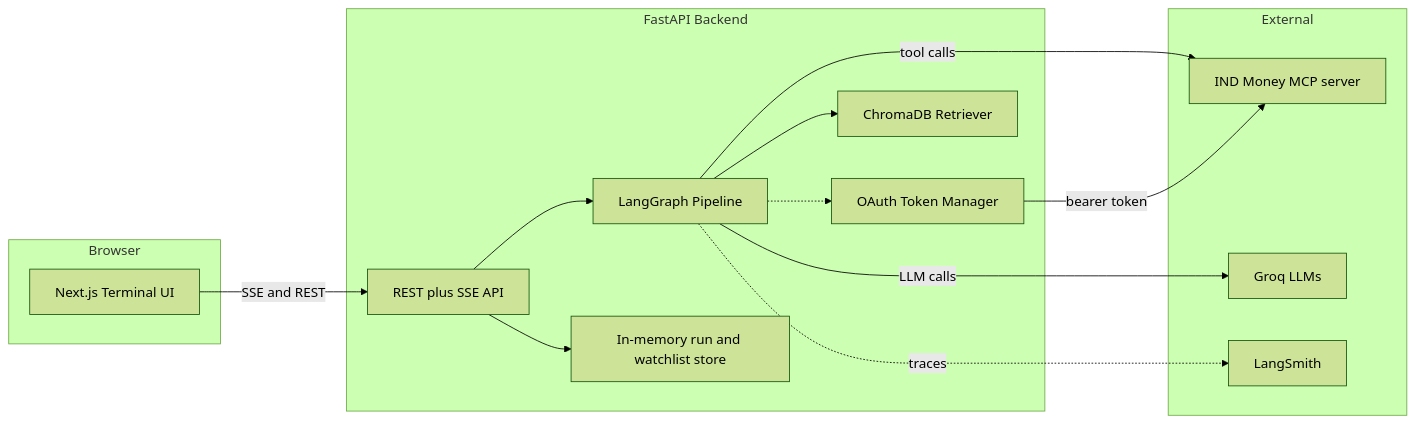
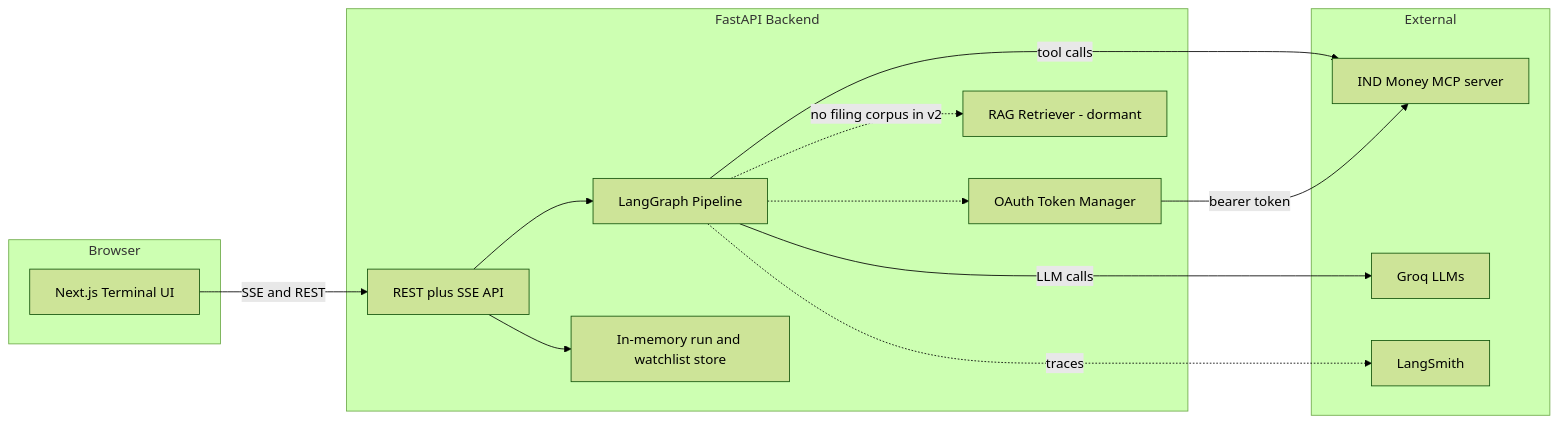
One commit to ishanavasthi/alphadesk changed the first of 5 diagrams in README.md. Above: the diagram before and after it, drawn with Mermaid (forest theme). The commit also changed other lines of this file and 2 other files, not shown here.

First line of the commit message:
Docs: stop claiming active ChromaDB retrieval

````diff
--- a/README.md
+++ b/README.md
@@ -88,30 +66,30 @@
 ```mermaid
 flowchart LR
   subgraph Browser
     UI[Next.js Terminal UI]
   end
 
   subgraph Backend[FastAPI Backend]
     API[REST plus SSE API]
     Graph[LangGraph Pipeline]
     Auth[OAuth Token Manager]
-    RAG[ChromaDB Retriever]
+    RAG[RAG Retriever - dormant]
     Store[In-memory run and watchlist store]
   end
 
   subgraph External
     MCP[IND Money MCP server]
     Groq[Groq LLMs]
     LS[LangSmith]
   end
 
   UI -->|SSE and REST| API
   API --> Graph
   API --> Store
-  Graph --> RAG
+  Graph -.->|no filing corpus in v2| RAG
   Graph -->|tool calls| MCP
   Graph -->|LLM calls| Groq
   Auth -->|bearer token| MCP
   Graph -.-> Auth
   Graph -.->|traces| LS
 ```
````
